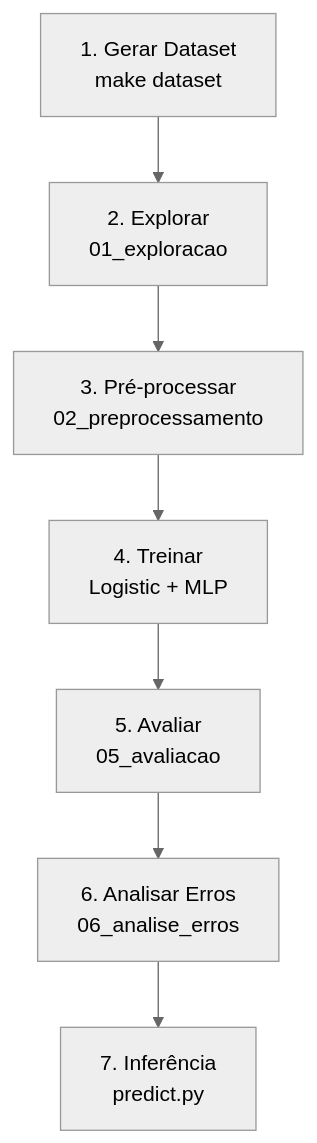
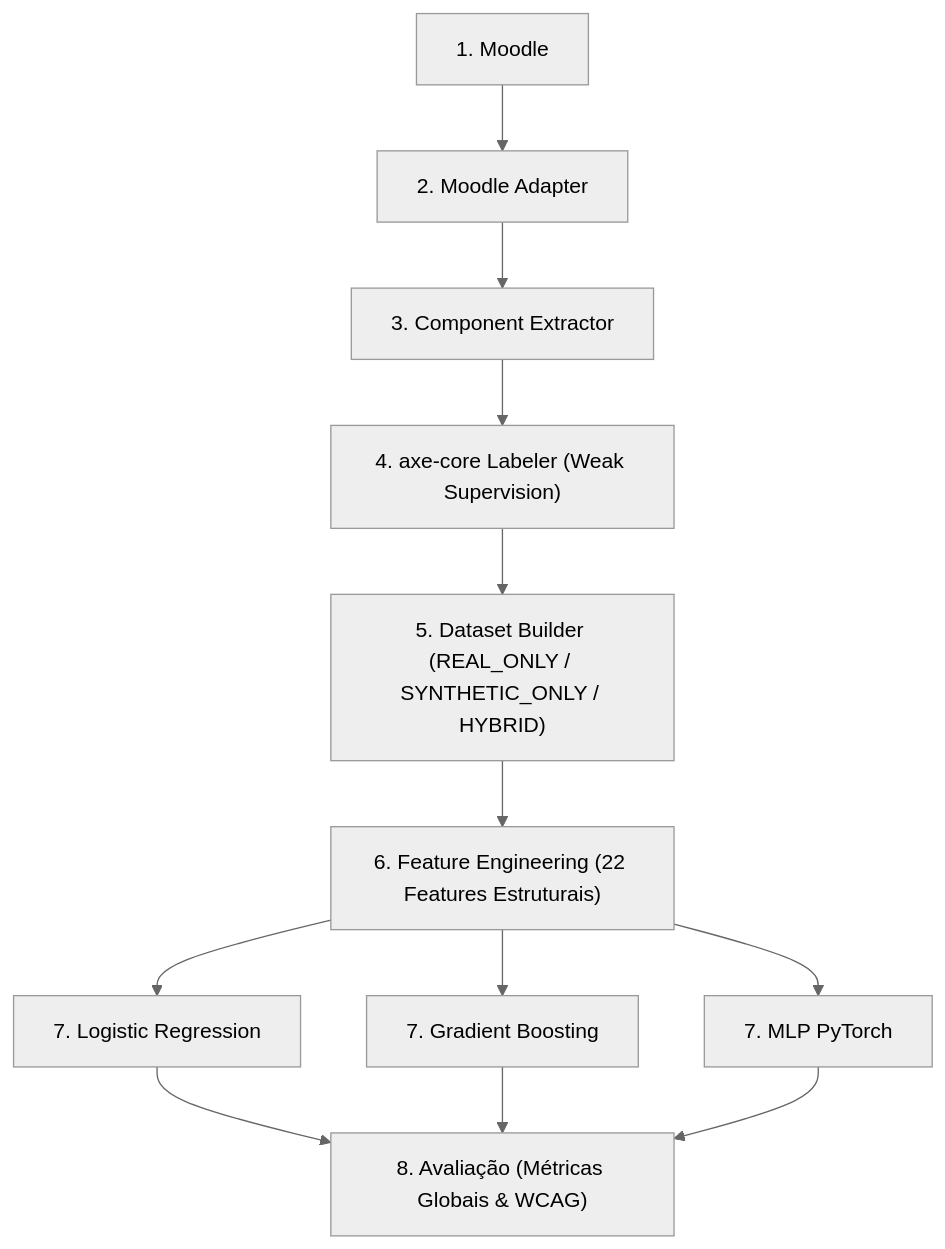
Before and after one commit to unicsoftware/accessibility-dl-moodle: the second of 3 diagrams in README.md, drawn with Mermaid (neutral theme). The commit also changed other lines of this file and 39 other files, not shown here.

````diff
--- a/README.md
+++ b/README.md
@@ -184,9 +73,14 @@
 ```mermaid
-flowchart TB
-    S1[1. Gerar Dataset<br/>make dataset] --> S2[2. Explorar<br/>01_exploracao]
-    S2 --> S3[3. Pré-processar<br/>02_preprocessamento]
-    S3 --> S4[4. Treinar<br/>Logistic + MLP]
-    S4 --> S5[5. Avaliar<br/>05_avaliacao]
-    S5 --> S6[6. Analisar Erros<br/>06_analise_erros]
-    S6 --> S7[7. Inferência<br/>predict.py]
+graph TB
+    M[1. Moodle] --> MA[2. Moodle Adapter]
+    MA --> CE[3. Component Extractor]
+    CE --> AL["4. axe-core Labeler (Weak Supervision)"]
+    AL --> DB["5. Dataset Builder (REAL_ONLY / SYNTHETIC_ONLY / HYBRID)"]
+    DB --> FE["6. Feature Engineering (22 Features Estruturais)"]
+    FE --> LR[7. Logistic Regression]
+    FE --> GB[7. Gradient Boosting]
+    FE --> MLP[7. MLP PyTorch]
+    LR --> EV["8. Avaliação (Métricas Globais & WCAG)"]
+    GB --> EV
+    MLP --> EV
 ```
````
